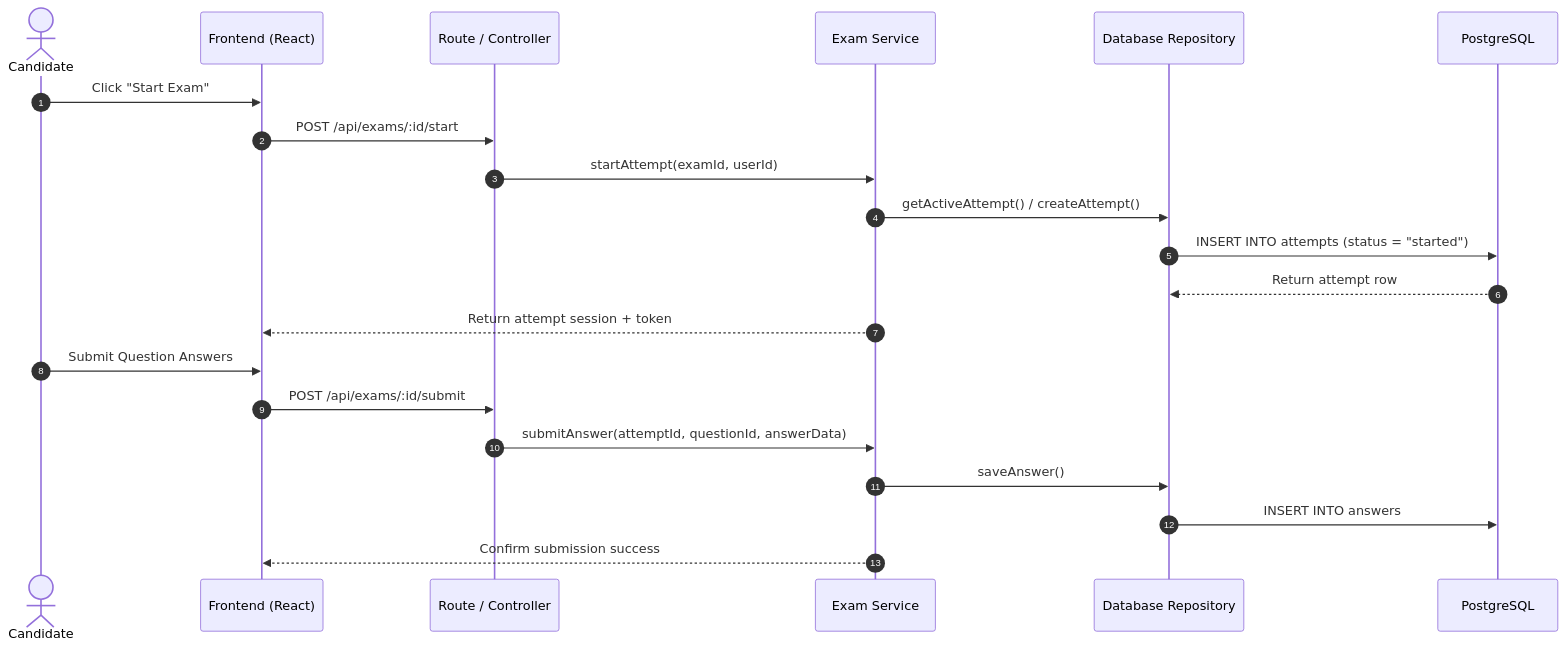
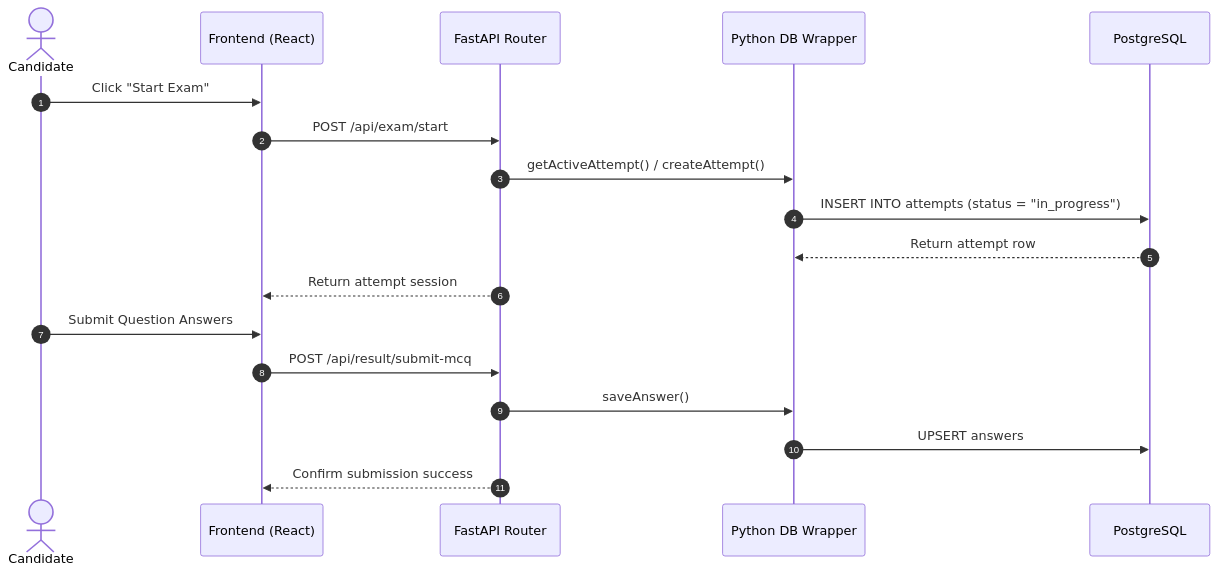
The second of 3 diagrams in docs/ARCHITECTURE.md (sreethan05/intellihire), drawn with Mermaid before and after one commit. The commit also changed other lines of this file and 13 other files, not shown here.

````diff
--- a/docs/ARCHITECTURE.md
+++ b/docs/ARCHITECTURE.md
@@ -46,25 +45,22 @@
 ```mermaid
 sequenceDiagram
     autonumber
     actor Candidate as Candidate
     participant FE as Frontend (React)
-    participant RT as Route / Controller
-    participant SV as Exam Service
-    participant RP as Database Repository
+    participant RT as FastAPI Router
+    participant DBW as Python DB Wrapper
     participant DB as PostgreSQL
 
     Candidate->>FE: Click "Start Exam"
-    FE->>RT: POST /api/exams/:id/start
-    RT->>SV: startAttempt(examId, userId)
-    SV->>RP: getActiveAttempt() / createAttempt()
-    RP->>DB: INSERT INTO attempts (status = "started")
-    DB-->>RP: Return attempt row
-    SV-->>FE: Return attempt session + token
+    FE->>RT: POST /api/exam/start
+    RT->>DBW: getActiveAttempt() / createAttempt()
+    DBW->>DB: INSERT INTO attempts (status = "in_progress")
+    DB-->>DBW: Return attempt row
+    RT-->>FE: Return attempt session
     
     Candidate->>FE: Submit Question Answers
-    FE->>RT: POST /api/exams/:id/submit
-    RT->>SV: submitAnswer(attemptId, questionId, answerData)
-    SV->>RP: saveAnswer()
-    RP->>DB: INSERT INTO answers
-    SV-->>FE: Confirm submission success
+    FE->>RT: POST /api/result/submit-mcq
+    RT->>DBW: saveAnswer()
+    DBW->>DB: UPSERT answers
+    RT-->>FE: Confirm submission success
 ```
````
